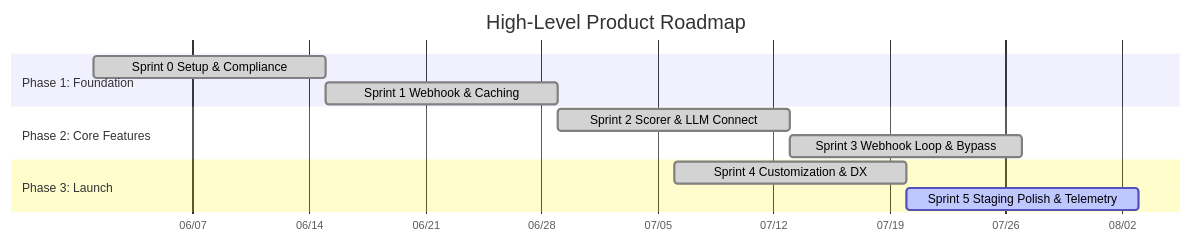
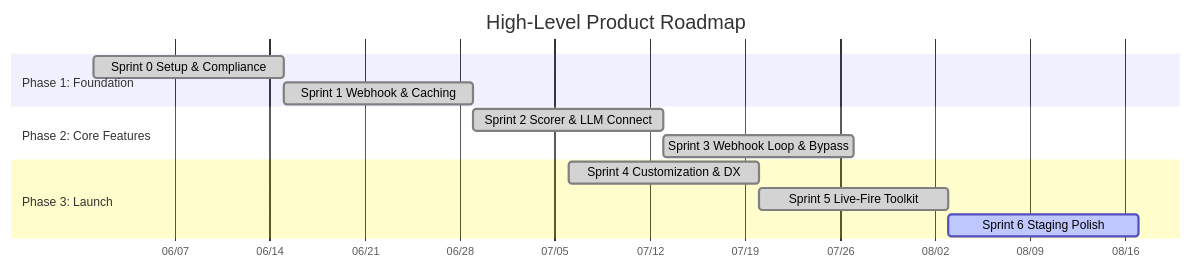
One commit to tinhct/archi-check changed the diagram in docs/PM/Product_Roadmap.md. Above: the diagram before and after it, drawn with Mermaid. The commit also changed other lines of this file and 8 other files, not shown here.

````diff
--- a/docs/PM/Product_Roadmap.md
+++ b/docs/PM/Product_Roadmap.md
@@ -10,18 +10,19 @@
 ```mermaid
 gantt
     title High-Level Product Roadmap
     dateFormat YYYY-MM-DD
     axisFormat %m/%d
     
     section Phase 1: Foundation
     Sprint 0 Setup & Compliance       :done, sprint0, 2026-06-01, 14d
     Sprint 1 Webhook & Caching        :done, sprint1, 2026-06-15, 14d
     
     section Phase 2: Core Features
     Sprint 2 Scorer & LLM Connect     :done, sprint2, 2026-06-29, 14d
     Sprint 3 Webhook Loop & Bypass    :done, sprint3, 2026-07-13, 14d
     
     section Phase 3: Launch
     Sprint 4 Customization & DX       :done, sprint4, 2026-07-06, 14d
-    Sprint 5 Staging Polish & Telemetry:active, sprint5, after sprint4, 14d
+    Sprint 5 Live-Fire Toolkit        :done, sprint5, after sprint4, 14d
+    Sprint 6 Staging Polish           :active, sprint6, after sprint5, 14d
 ```
````
